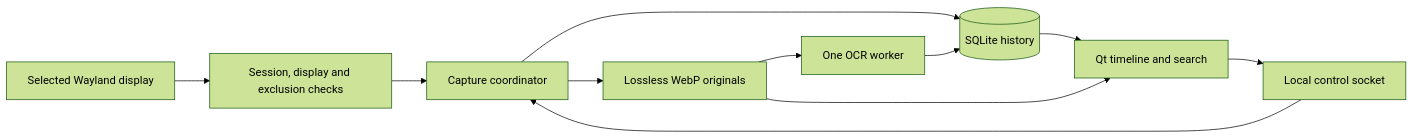
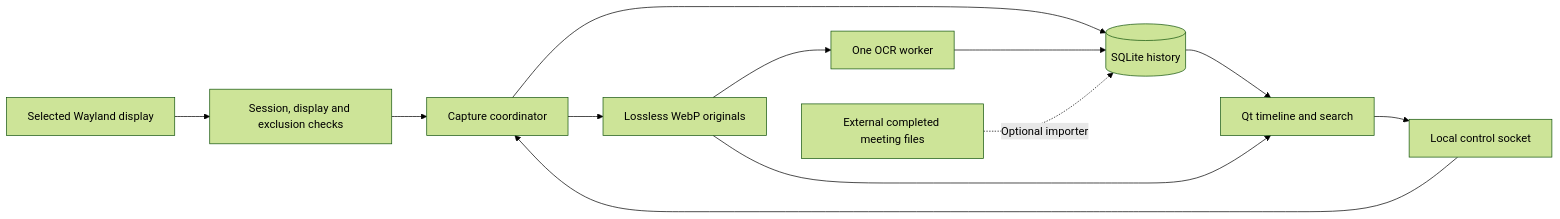
One commit to leonardsellem/omarchy-replay changed the diagram in docs/architecture.md. Above: the diagram before and after it, drawn with Mermaid (forest theme). The commit also changed other lines of this file and 24 other files, not shown here.

Commit message:
Add optional completed-meeting recall

````diff
--- a/docs/architecture.md
+++ b/docs/architecture.md
@@ -9,13 +9,14 @@
 ```mermaid
 flowchart LR
   Desktop[Selected Wayland display] --> Gate[Session, display and exclusion checks]
   Gate --> Capture[Capture coordinator]
   Capture --> Archive[Lossless WebP originals]
   Capture --> DB[(SQLite history)]
   Archive --> OCR[One OCR worker]
   OCR --> DB
+  Meetings[External completed meeting files] -. Optional importer .-> DB
   DB --> Viewer[Qt timeline and search]
   Archive --> Viewer
   Viewer --> Control[Local control socket]
   Control --> Capture
 ```
````
